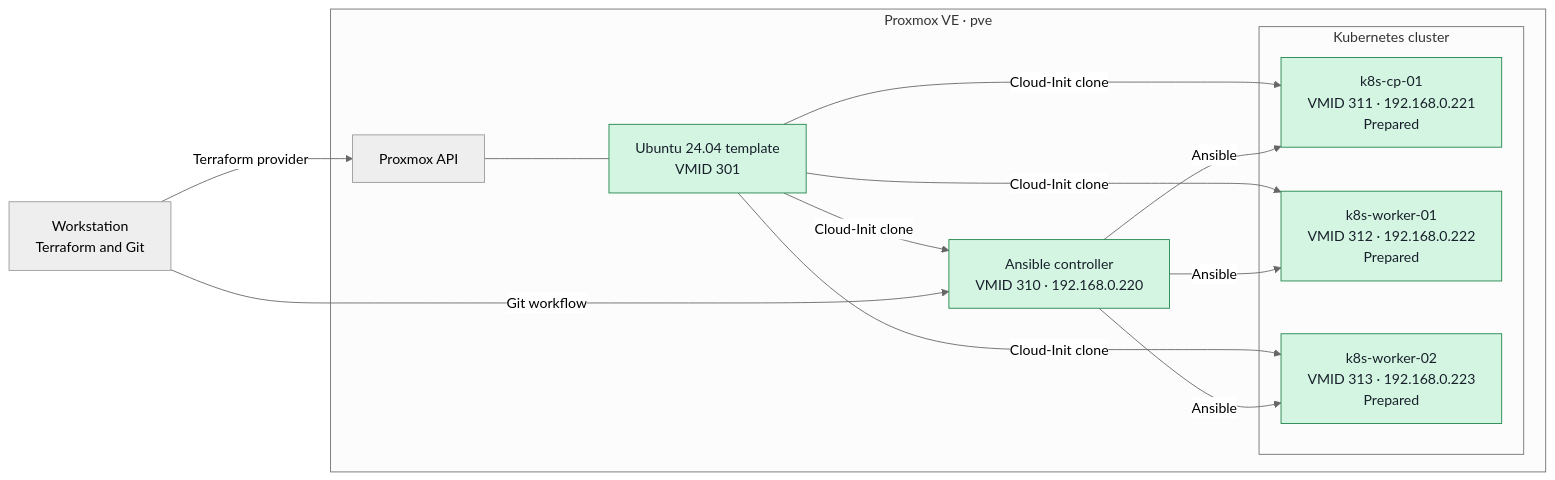
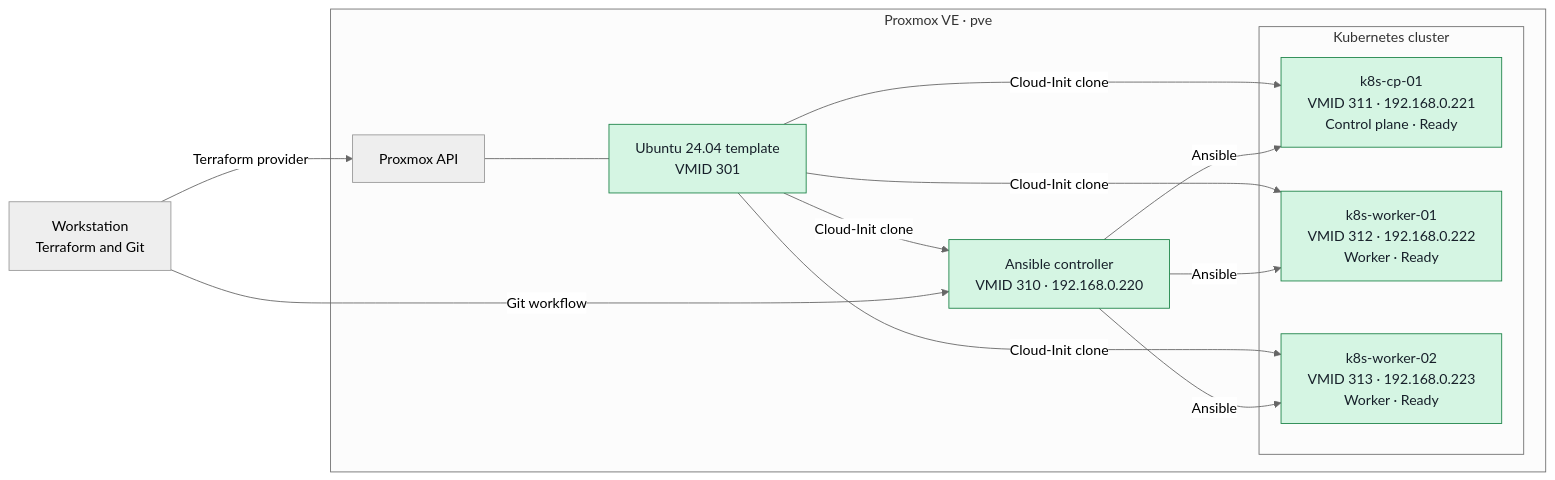
Before and after one commit to OStach-adm01/terraform-lab: the diagram in README.md, drawn with Mermaid (neutral theme). The commit also changed other lines of this file and 3 other files, not shown here.

````diff
--- a/README.md
+++ b/README.md
@@ -33,30 +33,30 @@
 ```mermaid
 flowchart LR
     workstation["Workstation<br/>Terraform and Git"]
 
     subgraph proxmox["Proxmox VE · pve"]
         api["Proxmox API"]
         template["Ubuntu 24.04 template<br/>VMID 301"]
         controller["Ansible controller<br/>VMID 310 · 192.168.0.220"]
 
         subgraph cluster["Kubernetes cluster"]
-            cp["k8s-cp-01<br/>VMID 311 · 192.168.0.221<br/>Prepared"]
-            worker1["k8s-worker-01<br/>VMID 312 · 192.168.0.222<br/>Prepared"]
-            worker2["k8s-worker-02<br/>VMID 313 · 192.168.0.223<br/>Prepared"]
+            cp["k8s-cp-01<br/>VMID 311 · 192.168.0.221<br/>Control plane · Ready"]
+            worker1["k8s-worker-01<br/>VMID 312 · 192.168.0.222<br/>Worker · Ready"]
+            worker2["k8s-worker-02<br/>VMID 313 · 192.168.0.223<br/>Worker · Ready"]
         end
     end
 
     workstation -->|"Terraform provider"| api
     api --- template
     template -->|"Cloud-Init clone"| controller
     template -->|"Cloud-Init clone"| cp
     template -->|"Cloud-Init clone"| worker1
     template -->|"Cloud-Init clone"| worker2
     workstation -->|"Git workflow"| controller
     controller -->|"Ansible"| cp
     controller -->|"Ansible"| worker1
     controller -->|"Ansible"| worker2
 
     classDef active fill:#d5f5e3,stroke:#1e8449,color:#17202a;
     class template,controller,cp,worker1,worker2 active;
 ```
````
